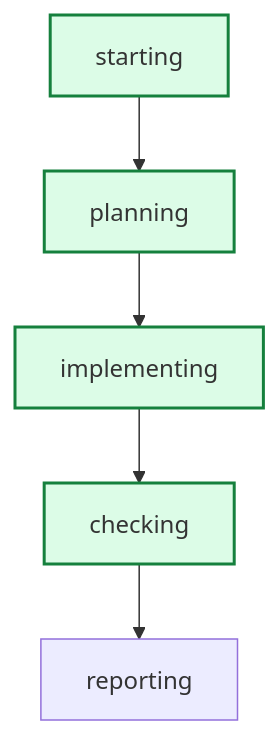
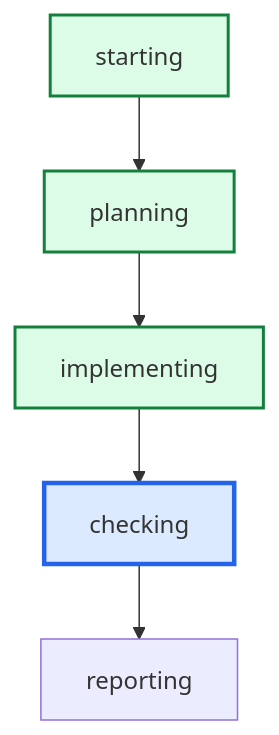
Before and after one commit to daniell0gda/hermes-feature-check-dashboard: the diagram in latest/graph.mmd, drawn with Mermaid. The commit also changed 23 other files, not shown here.

```diff
--- a/latest/graph.mmd
+++ b/latest/graph.mmd
@@ -1,13 +1,13 @@
 graph TD
     starting --> planning
     planning --> implementing
     implementing --> checking
     checking --> reporting
 
 classDef done fill:#dcfce7,stroke:#15803d,stroke-width:2px;
 classDef active fill:#dbeafe,stroke:#2563eb,stroke-width:3px;
 classDef failed fill:#fee2e2,stroke:#b42318,stroke-width:2px;
+class planning done;
 class implementing done;
-class planning done;
-class checking done;
+class checking active;
 class starting done;
```
